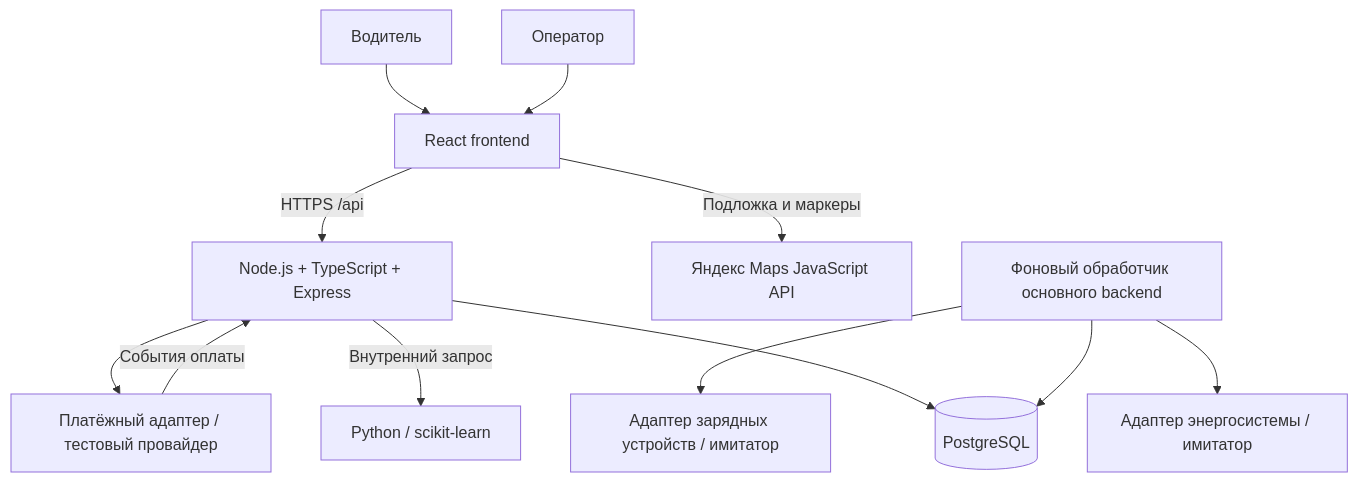
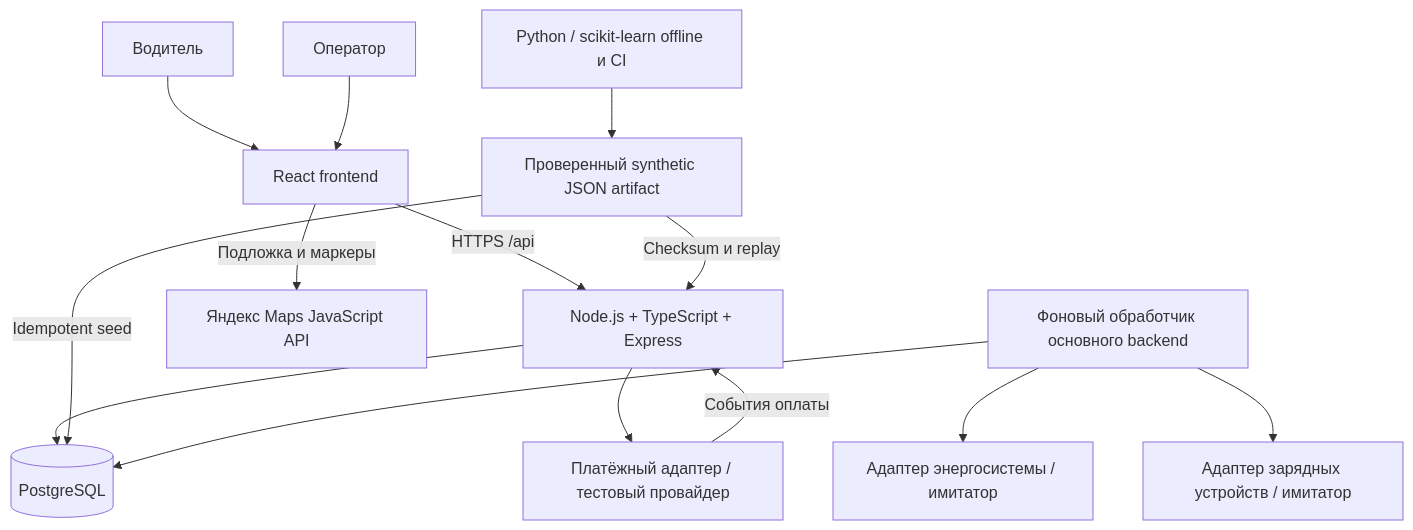
The diagram in docs/system-architecture.md (Dude759/Kyrcovaya), drawn with Mermaid before and after one commit. The commit also changed other lines of this file and 49 other files, not shown here.

````diff
--- a/docs/system-architecture.md
+++ b/docs/system-architecture.md
@@ -7,14 +7,16 @@
 ```mermaid
 flowchart TD
     Driver[Водитель] --> UI[React frontend]
     Operator[Оператор] --> UI
     UI -->|HTTPS /api| API[Node.js + TypeScript + Express]
     UI -->|Подложка и маркеры| Maps[Яндекс Maps JavaScript API]
     API --> DB[(PostgreSQL)]
-    API -->|Внутренний запрос| ML[Python / scikit-learn]
+    ML[Python / scikit-learn offline и CI] --> Artifact[Проверенный synthetic JSON artifact]
+    Artifact -->|Idempotent seed| DB
+    Artifact -->|Checksum и replay| API
     Worker[Фоновый обработчик основного backend] --> DB
     Worker --> Grid[Адаптер энергосистемы / имитатор]
     Worker --> Charger[Адаптер зарядных устройств / имитатор]
     API --> Payments[Платёжный адаптер / тестовый провайдер]
     Payments -->|События оплаты| API
 ```
````
